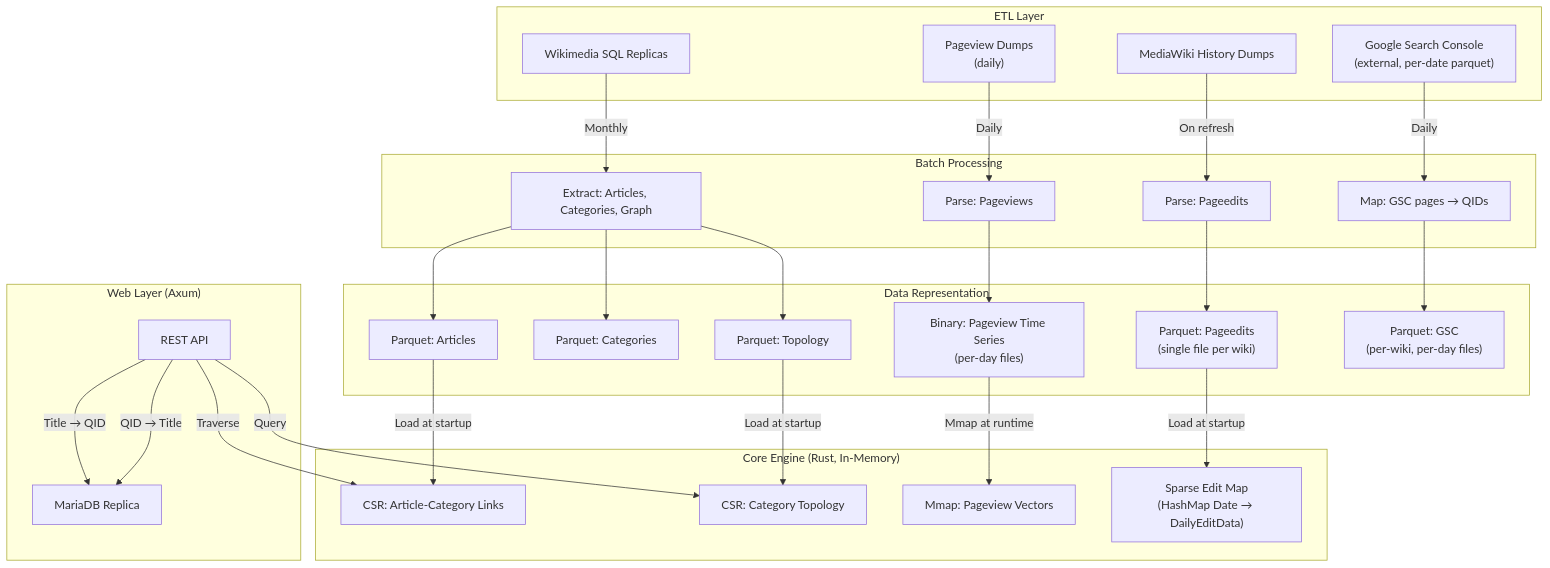
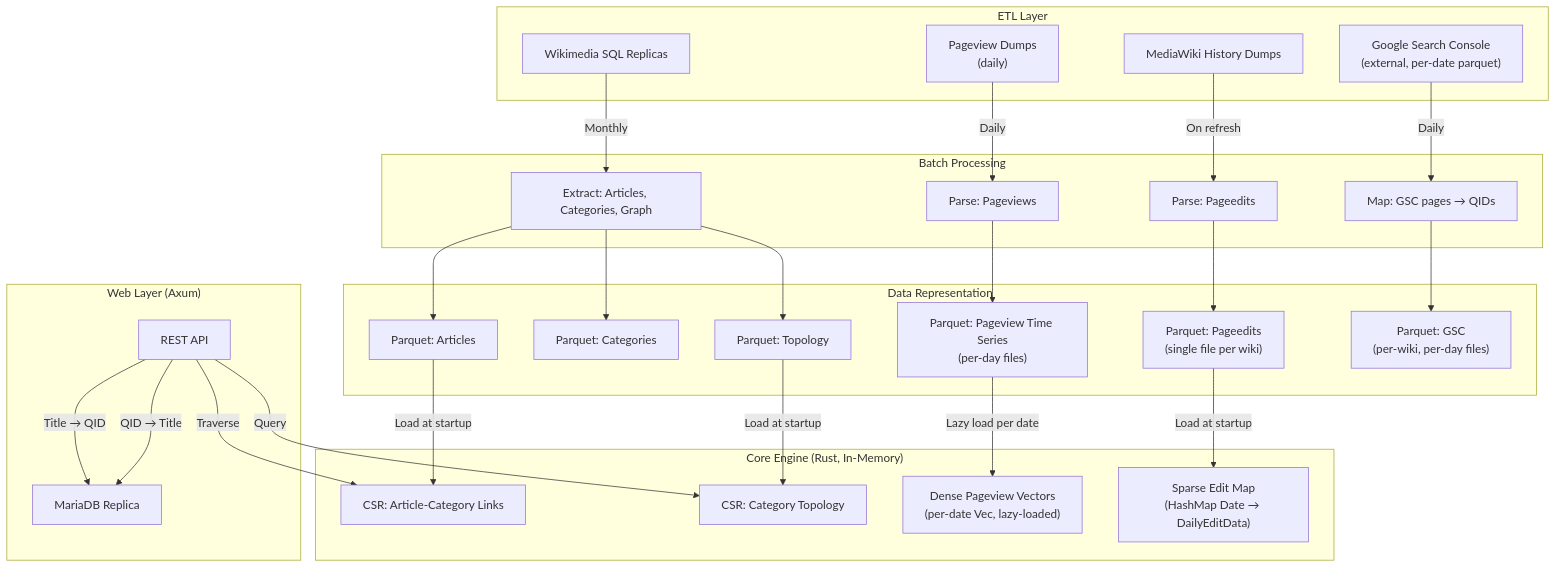
Before and after one commit to santhoshtr/topictrends: the diagram in README.md, drawn with Mermaid. The commit also changed other lines of this file and 7 other files, not shown here.

````diff
--- a/README.md
+++ b/README.md
@@ -40,59 +40,59 @@
 ```mermaid
 graph TD
     subgraph "ETL Layer"
         SQL["Wikimedia SQL Replicas"]
         PV_DUMPS["Pageview Dumps\n(daily)"]
         PE_DUMPS["MediaWiki History Dumps"]
         GSC_DUMPS["Google Search Console\n(external, per-date parquet)"]
     end
 
     subgraph "Batch Processing"
         META["Extract: Articles, Categories, Graph"]
         PV_PROC["Parse: Pageviews"]
         PE_PROC["Parse: Pageedits"]
         GSC_PROC["Map: GSC pages → QIDs"]
     end
 
     subgraph "Data Representation"
         PQ_ART["Parquet: Articles"]
         PQ_CAT["Parquet: Categories"]
         PQ_GRAPH["Parquet: Topology"]
-        BIN_PV["Binary: Pageview Time Series\n(per-day files)"]
+        PQ_PV["Parquet: Pageview Time Series\n(per-day files)"]
         PQ_PE["Parquet: Pageedits\n(single file per wiki)"]
         PQ_GSC["Parquet: GSC\n(per-wiki, per-day files)"]
     end
 
     subgraph "Core Engine (Rust, In-Memory)"
         CSR_LINK["CSR: Article-Category Links"]
         CSR_TOPO["CSR: Category Topology"]
-        MMAP_PV["Mmap: Pageview Vectors"]
+        DENSE_PV["Dense Pageview Vectors\n(per-date Vec<u32>, lazy-loaded)"]
         SPARSE_PE["Sparse Edit Map\n(HashMap Date → DailyEditData)"]
     end
 
     subgraph "Web Layer (Axum)"
         API["REST API"]
         DB_REP["MariaDB Replica"]
     end
 
     SQL -->|Monthly| META
     PV_DUMPS -->|Daily| PV_PROC
     PE_DUMPS -->|On refresh| PE_PROC
     GSC_DUMPS -->|Daily| GSC_PROC
 
     META --> PQ_ART
     META --> PQ_CAT
     META --> PQ_GRAPH
-    PV_PROC --> BIN_PV
+    PV_PROC --> PQ_PV
     PE_PROC --> PQ_PE
     GSC_PROC --> PQ_GSC
 
     PQ_ART -->|Load at startup| CSR_LINK
     PQ_GRAPH -->|Load at startup| CSR_TOPO
-    BIN_PV -->|Mmap at runtime| MMAP_PV
+    PQ_PV -->|Lazy load per date| DENSE_PV
     PQ_PE -->|Load at startup| SPARSE_PE
 
     API -->|Title → QID| DB_REP
     API -->|Query| CSR_TOPO
     API -->|Traverse| CSR_LINK
     API -->|QID → Title| DB_REP
 ```
````
